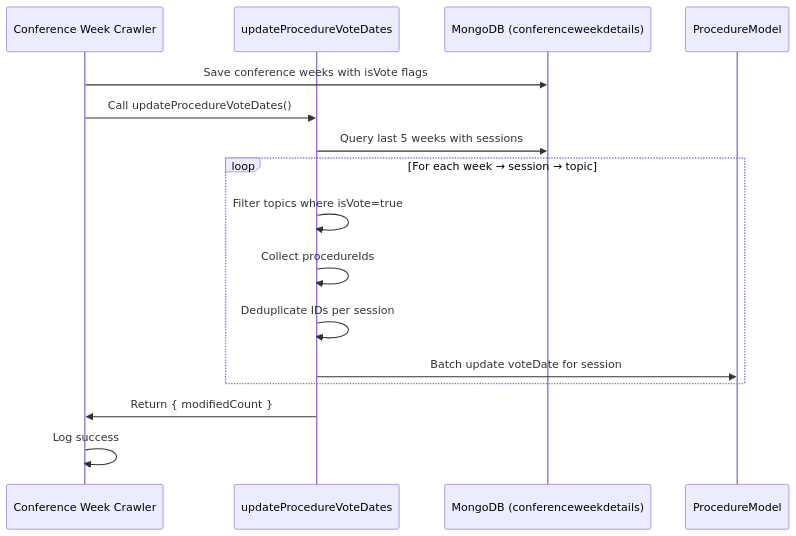
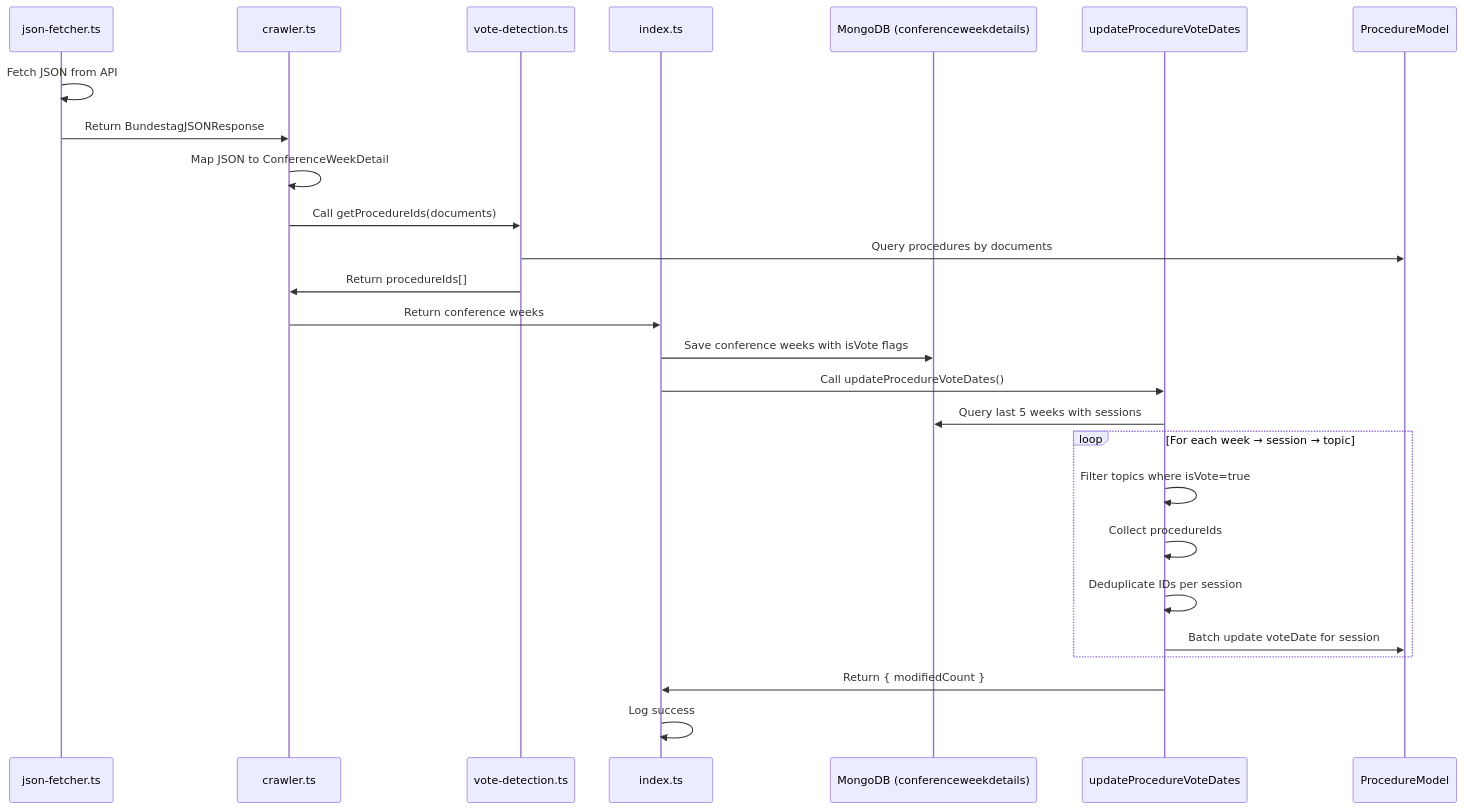
Before and after one commit to demokratie-live/democracy-development: the fourth of 5 diagrams in services/cron-jobs/import-conference-week-details/docs/votedate-flow.md, drawn with Mermaid. The commit also changed other lines of this file and 19 other files, not shown here.

First line of the commit message:
feat: Implement JSON fetching and mapping for conference week details

````diff
--- a/services/cron-jobs/import-conference-week-details/docs/votedate-flow.md
+++ b/services/cron-jobs/import-conference-week-details/docs/votedate-flow.md
@@ -183,19 +197,29 @@
 ```mermaid
 sequenceDiagram
-    participant CW as Conference Week Crawler
+    participant JF as json-fetcher.ts
+    participant CR as crawler.ts
+    participant VD as vote-detection.ts
+    participant IX as index.ts
+    participant DB as MongoDB (conferenceweekdetails)
     participant UVD as updateProcedureVoteDates
-    participant DB as MongoDB (conferenceweekdetails)
     participant PM as ProcedureModel
 
-    CW->>DB: Save conference weeks with isVote flags
-    CW->>UVD: Call updateProcedureVoteDates()
+    JF->>JF: Fetch JSON from API
+    JF->>CR: Return BundestagJSONResponse
+    CR->>CR: Map JSON to ConferenceWeekDetail
+    CR->>VD: Call getProcedureIds(documents)
+    VD->>PM: Query procedures by documents
+    VD->>CR: Return procedureIds[]
+    CR->>IX: Return conference weeks
+    IX->>DB: Save conference weeks with isVote flags
+    IX->>UVD: Call updateProcedureVoteDates()
     UVD->>DB: Query last 5 weeks with sessions
     loop For each week → session → topic
         UVD->>UVD: Filter topics where isVote=true
         UVD->>UVD: Collect procedureIds
         UVD->>UVD: Deduplicate IDs per session
         UVD->>PM: Batch update voteDate for session
     end
-    UVD->>CW: Return { modifiedCount }
-    CW->>CW: Log success
+    UVD->>IX: Return { modifiedCount }
+    IX->>IX: Log success
 ```
````
